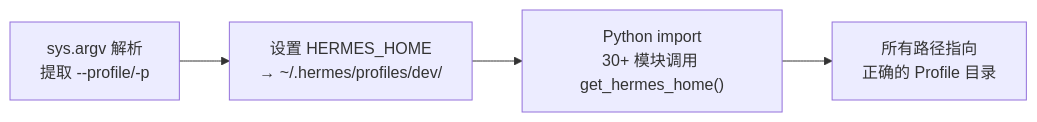
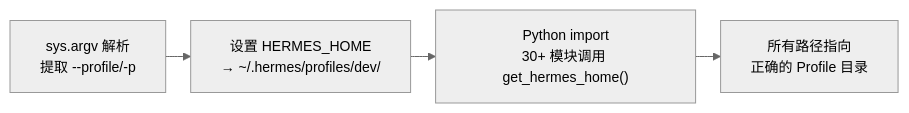
Before and after one commit to fang-lin/hermes-agent-code-analysis: the first of 3 diagrams in docs/zh/drafts/01-draft.md, drawn with Mermaid. The commit also changed other lines of this file and 5 other files, not shown here.

First line of the commit message:
00/01/02 全部图表统一 Mermaid init 指令：fontSize 14px，紧凑间距

````diff
--- a/docs/zh/drafts/01-draft.md
+++ b/docs/zh/drafts/01-draft.md
@@ -124,6 +124,7 @@
 ```mermaid
+%%{init: {"theme": "neutral", "themeVariables": {"fontSize": "14px"}, "flowchart": {"nodeSpacing": 15, "rankSpacing": 25}}}%%
 flowchart LR
     A["sys.argv 解析<br/>提取 --profile/-p"] --> B["设置 HERMES_HOME<br/>→ ~/.hermes/profiles/dev/"]
     B --> C["Python import<br/>30+ 模块调用 get_hermes_home#40;#41;"]
     C --> D["所有路径指向<br/>正确的 Profile 目录"]
 ```
````
